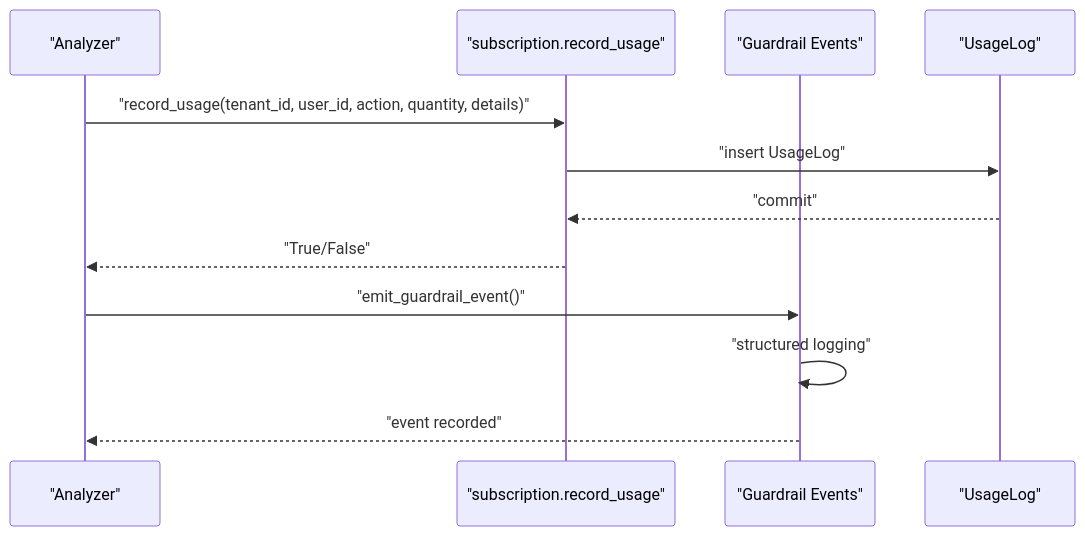
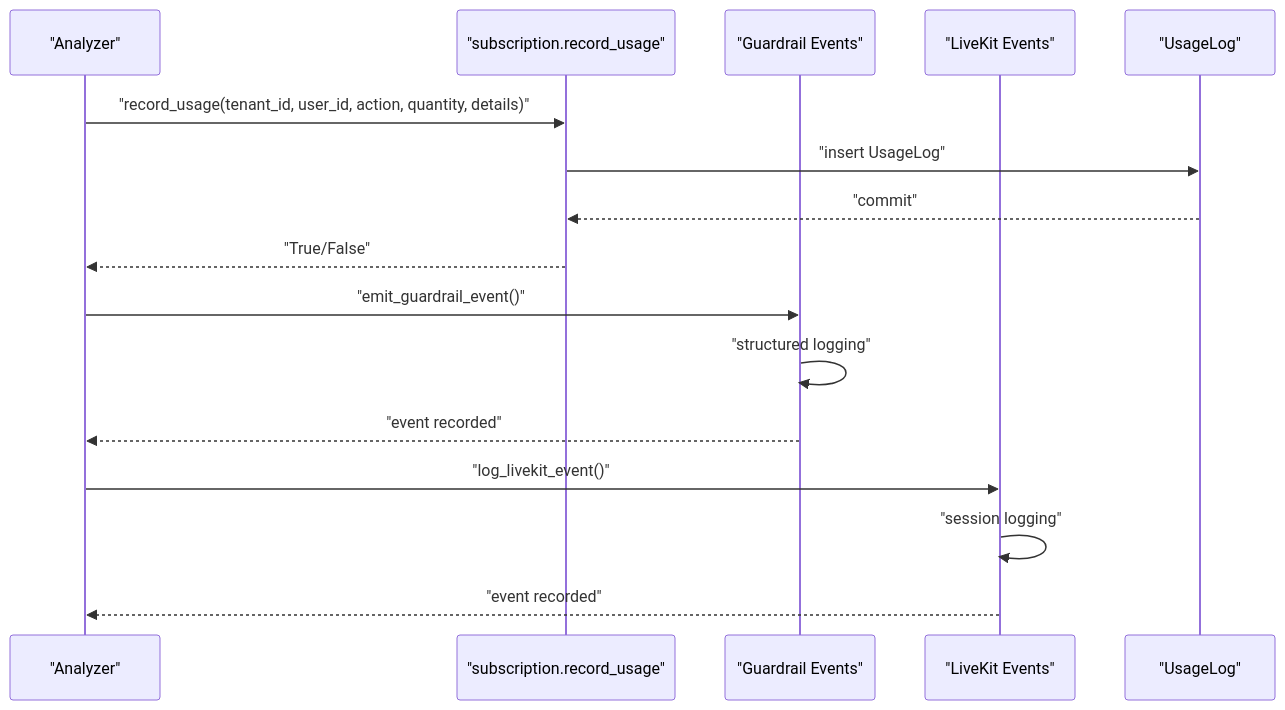
Before and after one commit to Revanththetalogics/aireume: diagram 12 of 14 in .qoder/repowiki/en/content/Advanced Topics/Security Hardening/Security Hardening.md, drawn with Mermaid. The commit also changed other lines of this file and 118 other files, not shown here.

````diff
--- a/.qoder/repowiki/en/content/Advanced Topics/Security Hardening/Security Hardening.md
+++ b/.qoder/repowiki/en/content/Advanced Topics/Security Hardening/Security Hardening.md
@@ -835,14 +934,18 @@
 ```mermaid
 sequenceDiagram
 participant Route as "Analyzer"
 participant Sub as "subscription.record_usage"
 participant Guardrail as "Guardrail Events"
+participant LiveKit as "LiveKit Events"
 participant DB as "UsageLog"
 Route->>Sub : "record_usage(tenant_id, user_id, action, quantity, details)"
 Sub->>DB : "insert UsageLog"
 DB-->>Sub : "commit"
 Sub-->>Route : "True/False"
 Route->>Guardrail : "emit_guardrail_event()"
 Guardrail->>Guardrail : "structured logging"
 Guardrail-->>Route : "event recorded"
+Route->>LiveKit : "log_livekit_event()"
+LiveKit->>LiveKit : "session logging"
+LiveKit-->>Route : "event recorded"
 ```
````
